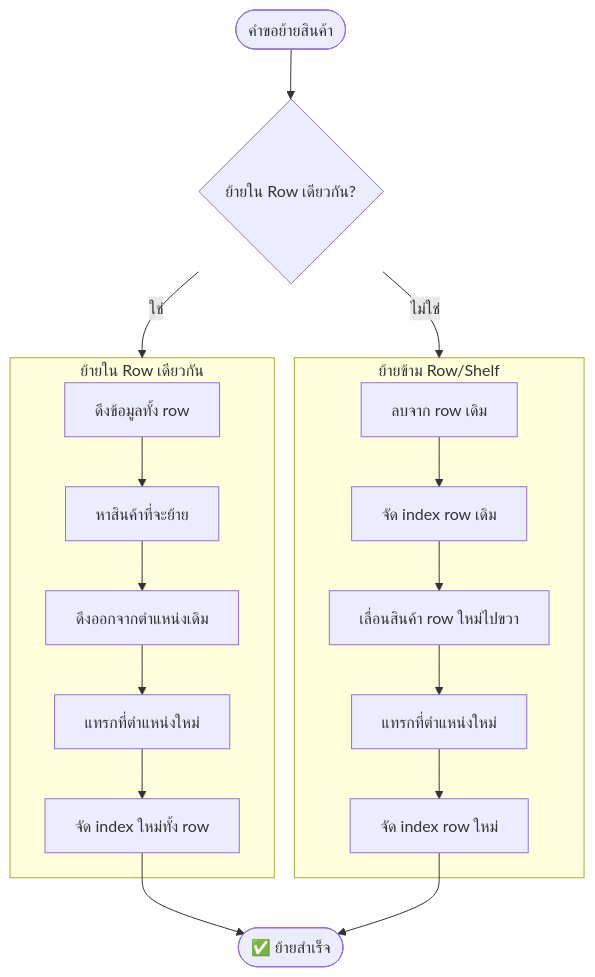
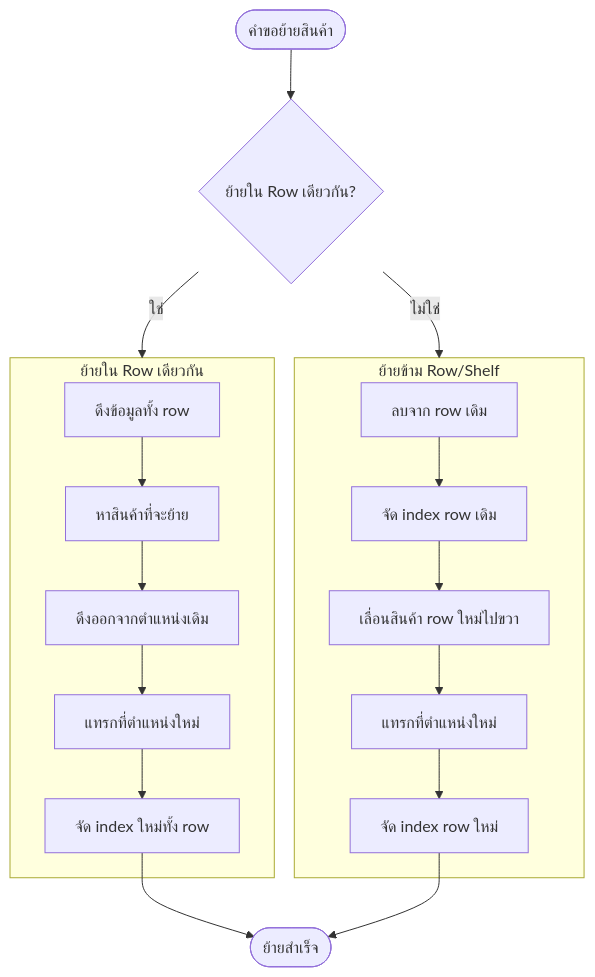
The third of 7 diagrams in docs/POG_REQUEST_FLOW.md (NatthawutT-07/server-BMR), drawn with Mermaid before and after one commit. The commit also changed other lines of this file and 18 other files, not shown here.

````diff
--- a/docs/POG_REQUEST_FLOW.md
+++ b/docs/POG_REQUEST_FLOW.md
@@ -82,28 +82,28 @@
 ```mermaid
 flowchart TD
     START([คำขอย้ายสินค้า]) --> CHECK{ย้ายใน Row เดียวกัน?}
     
     CHECK -->|ใช่| SAME_ROW
     CHECK -->|ไม่ใช่| CROSS_ROW
     
     subgraph SAME_ROW["ย้ายใน Row เดียวกัน"]
         SR1[ดึงข้อมูลทั้ง row]
         SR2[หาสินค้าที่จะย้าย]
         SR3[ดึงออกจากตำแหน่งเดิม]
         SR4[แทรกที่ตำแหน่งใหม่]
         SR5[จัด index ใหม่ทั้ง row]
     end
     
     subgraph CROSS_ROW["ย้ายข้าม Row/Shelf"]
         CR1[ลบจาก row เดิม]
         CR2[จัด index row เดิม]
         CR3[เลื่อนสินค้า row ใหม่ไปขวา]
         CR4[แทรกที่ตำแหน่งใหม่]
         CR5[จัด index row ใหม่]
     end
     
     SR1 --> SR2 --> SR3 --> SR4 --> SR5 --> SUCCESS
     CR1 --> CR2 --> CR3 --> CR4 --> CR5 --> SUCCESS
     
-    SUCCESS([✅ ย้ายสำเร็จ])
+    SUCCESS([ย้ายสำเร็จ])
 ```
````
